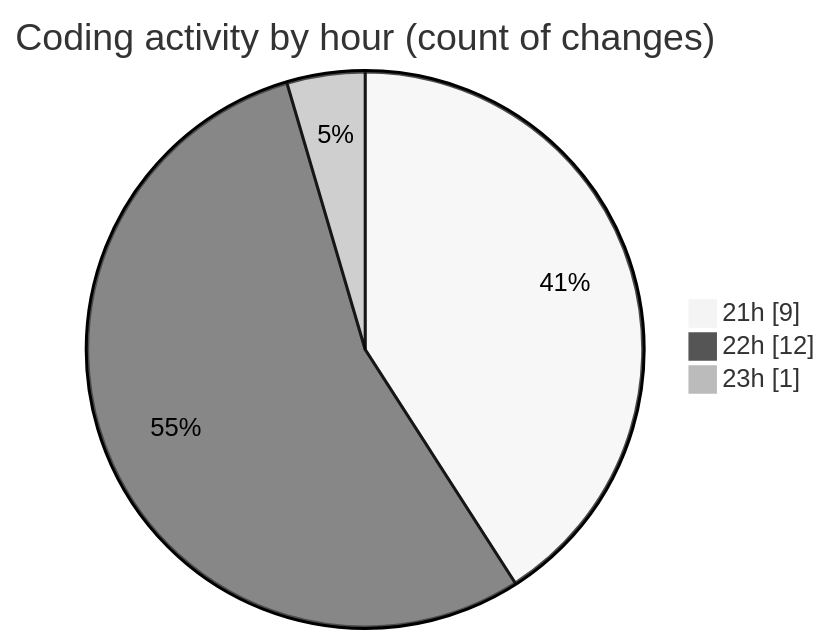
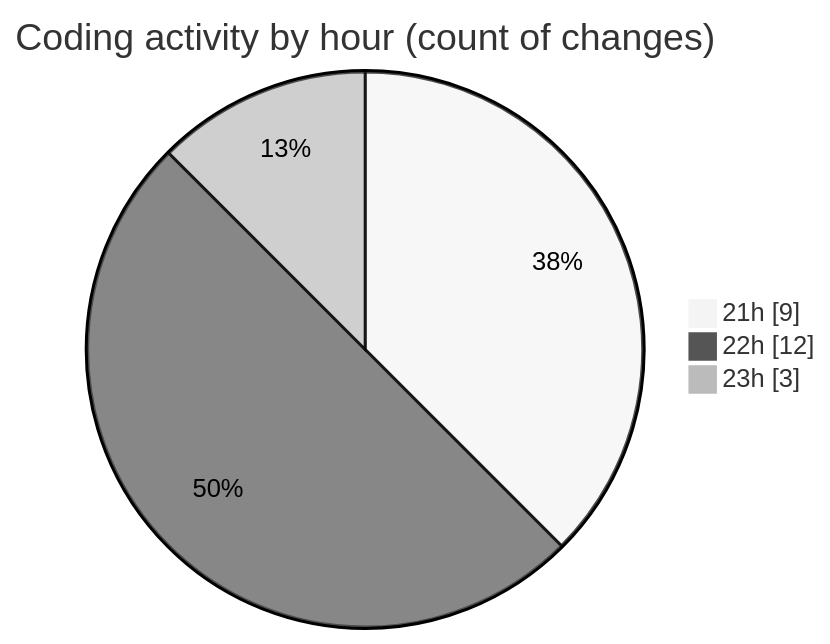
Before and after one commit to idhammustaqopulfikri/code-tracking: the second of 2 diagrams in 2025-03-29/autodidak/README.md, drawn with Mermaid (neutral theme). The commit also changed other lines of this file and 1 other file, not shown here.

````diff
--- a/2025-03-29/autodidak/README.md
+++ b/2025-03-29/autodidak/README.md
@@ -34,7 +34,7 @@
 ```mermaid
 pie showData
 title Coding activity by hour (count of changes)
 "21h" : 9
 "22h" : 12
-"23h" : 1
+"23h" : 3
 ```
````
